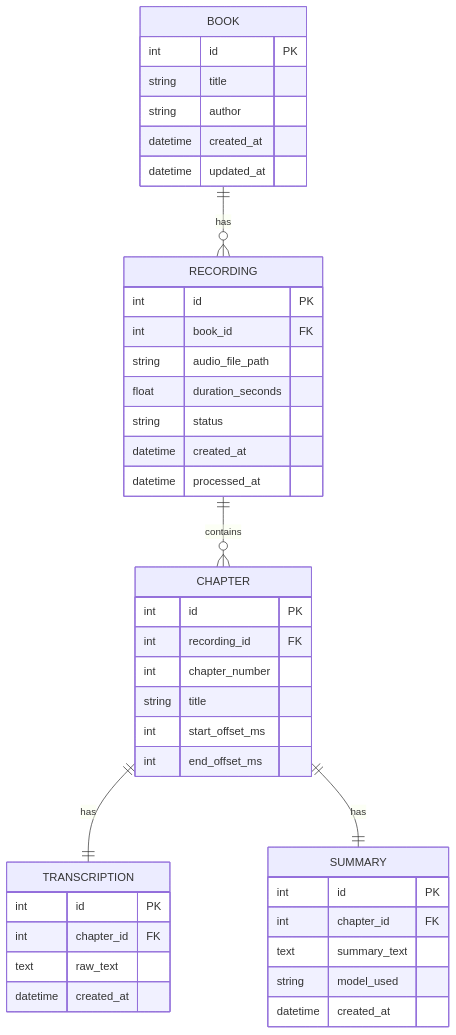
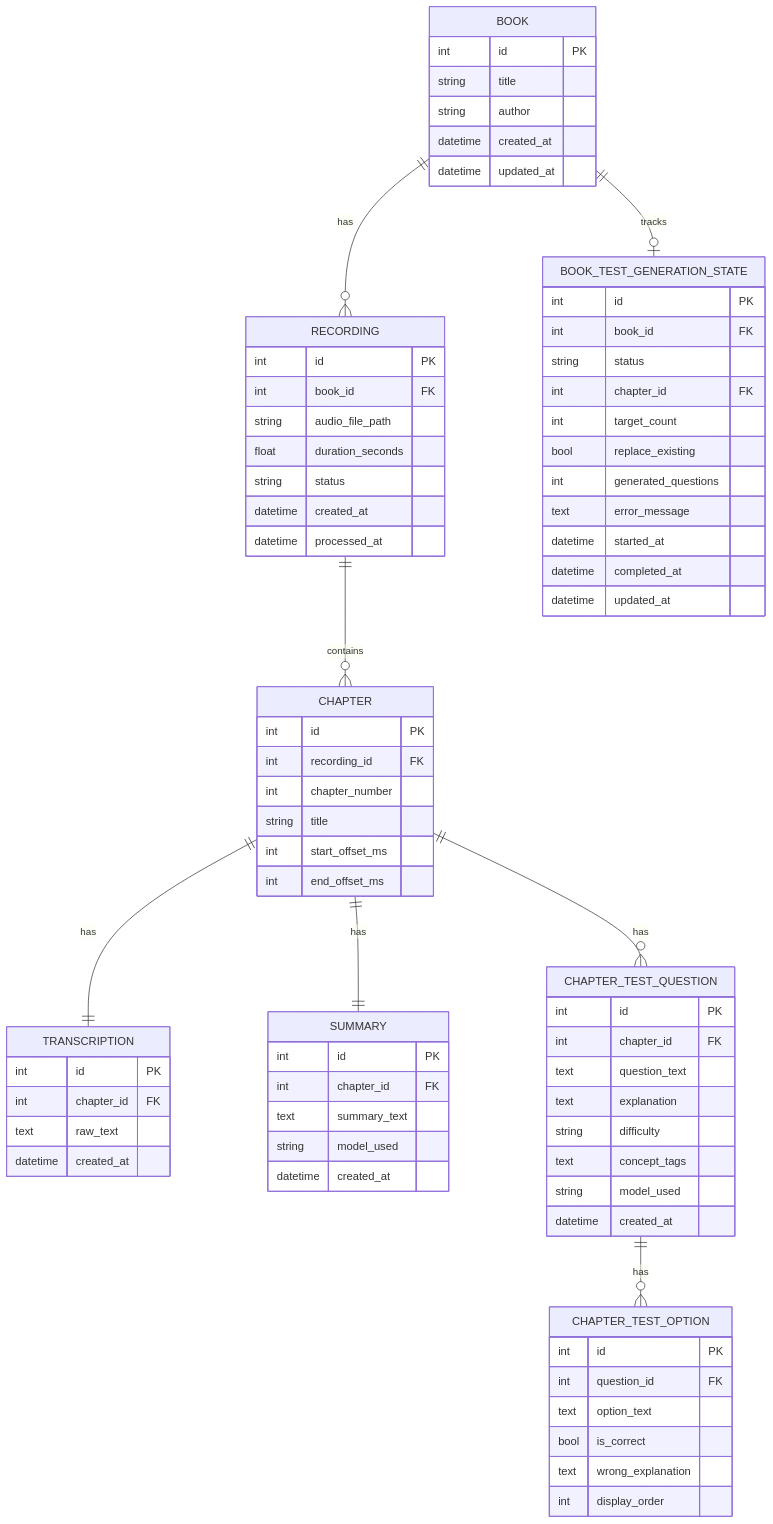
Before and after one commit to gamer4et/summarization-memory-helper: the sixth of 6 diagrams in README.md, drawn with Mermaid. The commit also changed other lines of this file, not shown here.

````diff
--- a/README.md
+++ b/README.md
@@ -520,6 +609,9 @@
     RECORDING ||--o{ CHAPTER : contains
     CHAPTER ||--|| TRANSCRIPTION : has
     CHAPTER ||--|| SUMMARY : has
+    BOOK ||--o| BOOK_TEST_GENERATION_STATE : tracks
+    CHAPTER ||--o{ CHAPTER_TEST_QUESTION : has
+    CHAPTER_TEST_QUESTION ||--o{ CHAPTER_TEST_OPTION : has
 
     BOOK {
         int id PK
@@ -562,4 +654,38 @@
         string model_used
         datetime created_at
     }
+
+    BOOK_TEST_GENERATION_STATE {
+        int id PK
+        int book_id FK
+        string status
+        int chapter_id FK
+        int target_count
+        bool replace_existing
+        int generated_questions
+        text error_message
+        datetime started_at
+        datetime completed_at
+        datetime updated_at
+    }
+
+    CHAPTER_TEST_QUESTION {
+        int id PK
+        int chapter_id FK
+        text question_text
+        text explanation
+        string difficulty
+        text concept_tags
+        string model_used
+        datetime created_at
+    }
+
+    CHAPTER_TEST_OPTION {
+        int id PK
+        int question_id FK
+        text option_text
+        bool is_correct
+        text wrong_explanation
+        int display_order
+    }
 ```
````
